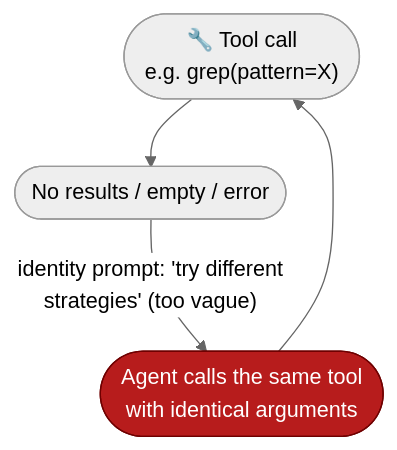
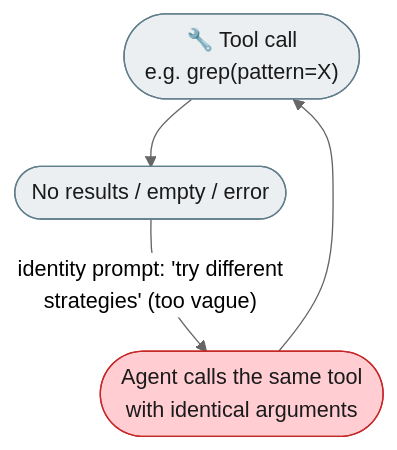
The first of 2 diagrams in docs-michael/issues/12-bug-anti-repetition-prompt.md (michaelatamuk/agentic-desk), drawn with Mermaid (neutral theme) before and after one commit. The commit also changed other lines of this file and 6 other files, not shown here.

````diff
--- a/docs-michael/issues/12-bug-anti-repetition-prompt.md
+++ b/docs-michael/issues/12-bug-anti-repetition-prompt.md
@@ -14,15 +14,16 @@
 ```mermaid
 flowchart TD
-    classDef fail fill:#B71C1C,color:#fff,stroke:#6f0000
+    classDef fail  fill:#FFCDD2,color:#1a1a1a,stroke:#C62828
+    classDef plain fill:#ECEFF1,color:#1a1a1a,stroke:#607D8B
 
     CALL(["🔧 Tool call
-    e.g. grep(pattern=X)"])
+    e.g. grep(pattern=X)"]):::plain
 
-    CALL --> RESULT(["No results / empty / error"])
+    CALL --> RESULT(["No results / empty / error"]):::plain
 
     RESULT -->|"identity prompt: 'try different
     strategies' (too vague)"| REPEAT(["Agent calls the same tool
     with identical arguments"]):::fail
 
     REPEAT --> CALL
 ```
````
